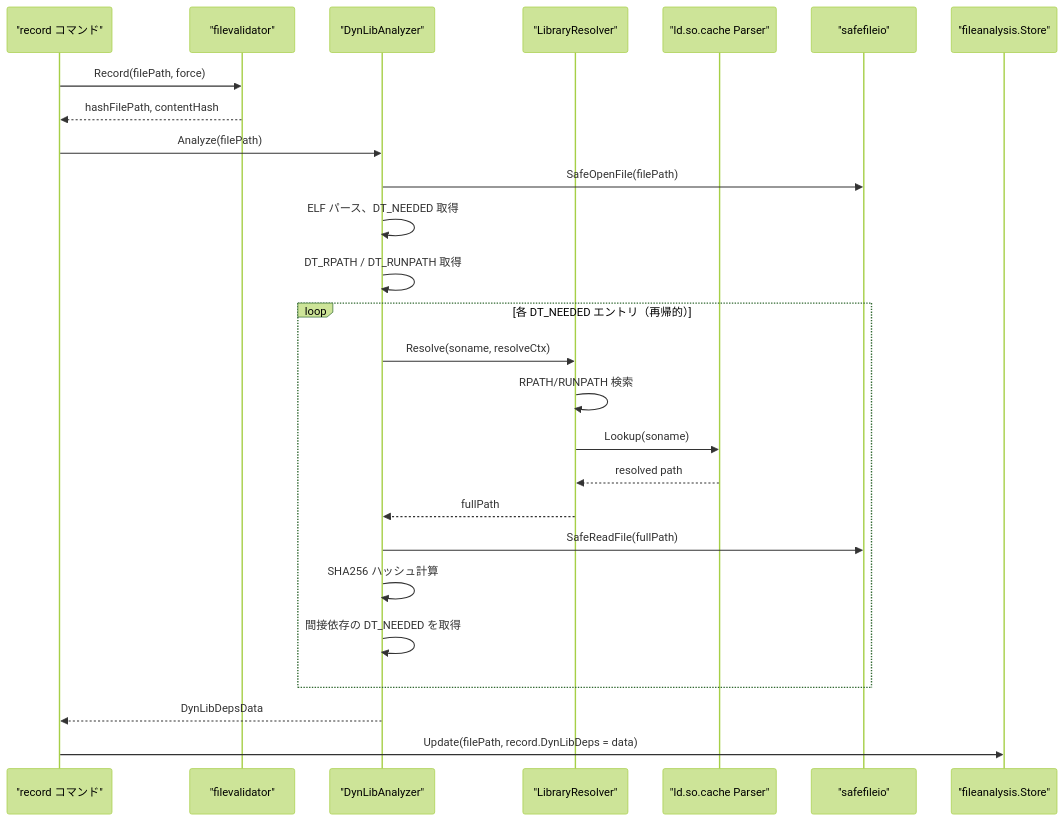
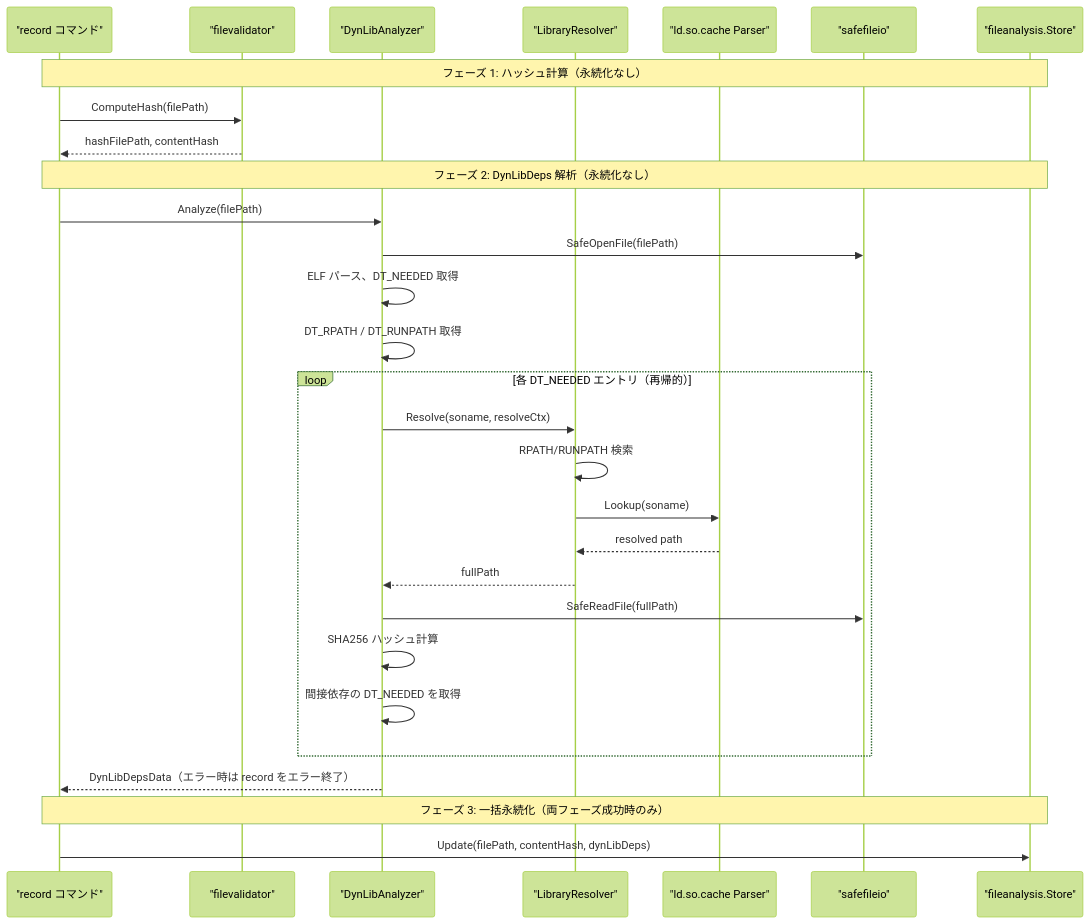
The third of 10 diagrams in docs/tasks/0074_elf_dynlib_integrity/02_architecture.md (isseis/go-safe-cmd-runner), drawn with Mermaid (forest theme) before and after one commit. The commit also changed other lines of this file, not shown here.

First line of the commit message:
docs(0074): fix record flow and runner access path for DynLibDeps

````diff
--- a/docs/tasks/0074_elf_dynlib_integrity/02_architecture.md
+++ b/docs/tasks/0074_elf_dynlib_integrity/02_architecture.md
@@ -117,32 +117,36 @@
 ```mermaid
 sequenceDiagram
     participant RC as "record コマンド"
     participant FV as "filevalidator"
     participant DLA as "DynLibAnalyzer"
     participant LR as "LibraryResolver"
     participant LDC as "ld.so.cache Parser"
     participant SFO as "safefileio"
     participant FAS as "fileanalysis.Store"
 
-    RC->>FV: Record(filePath, force)
+    Note over RC,FAS: フェーズ 1: ハッシュ計算（永続化なし）
+    RC->>FV: ComputeHash(filePath)
     FV-->>RC: hashFilePath, contentHash
 
+    Note over RC,FAS: フェーズ 2: DynLibDeps 解析（永続化なし）
     RC->>DLA: Analyze(filePath)
     DLA->>SFO: SafeOpenFile(filePath)
     DLA->>DLA: ELF パース、DT_NEEDED 取得
     DLA->>DLA: DT_RPATH / DT_RUNPATH 取得
 
     loop 各 DT_NEEDED エントリ（再帰的）
         DLA->>LR: Resolve(soname, resolveCtx)
         LR->>LR: RPATH/RUNPATH 検索
         LR->>LDC: Lookup(soname)
         LDC-->>LR: resolved path
         LR-->>DLA: fullPath
         DLA->>SFO: SafeReadFile(fullPath)
         DLA->>DLA: SHA256 ハッシュ計算
         DLA->>DLA: 間接依存の DT_NEEDED を取得
     end
 
-    DLA-->>RC: DynLibDepsData
-    RC->>FAS: Update(filePath, record.DynLibDeps = data)
+    DLA-->>RC: DynLibDepsData（エラー時は record をエラー終了）
+
+    Note over RC,FAS: フェーズ 3: 一括永続化（両フェーズ成功時のみ）
+    RC->>FAS: Update(filePath, contentHash, dynLibDeps)
 ```
````
